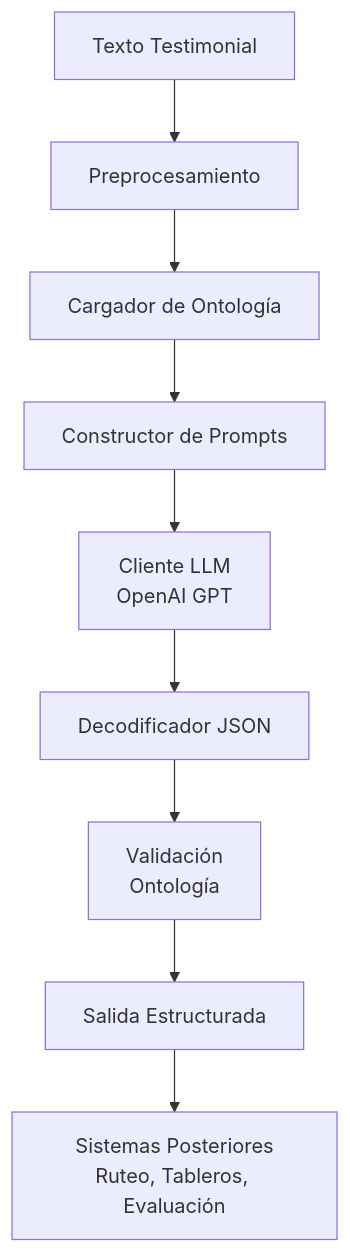
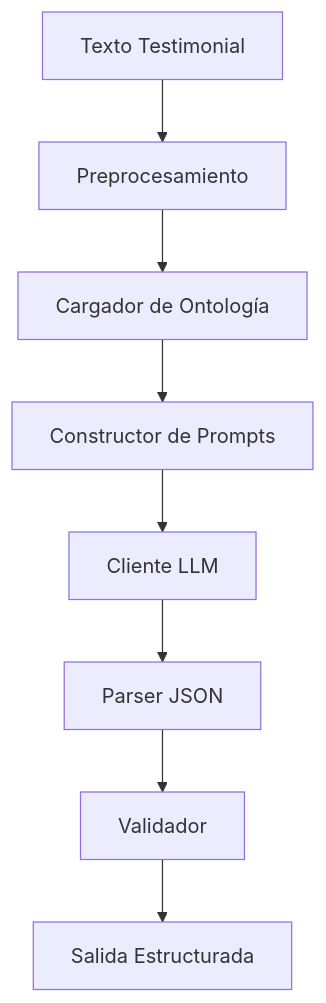
The second of 2 diagrams in docs/architecture.md (manueldazar/ubpd-llm-testimonial-classifier), drawn with Mermaid before and after one commit. The commit also changed other lines of this file and 15 other files, not shown here.

```diff
--- a/docs/architecture.md
+++ b/docs/architecture.md
@@ -142,11 +65,10 @@
 <div class="mermaid">
 flowchart TD
     A[Texto Testimonial] --> B[Preprocesamiento]
     B --> C[Cargador de Ontología]
     C --> D[Constructor de Prompts]
-    D --> E[Cliente LLM<br/>OpenAI GPT]
-    E --> F[Decodificador JSON]
-    F --> G[Validación<br/>Ontología]
+    D --> E[Cliente LLM]
+    E --> F[Parser JSON]
+    F --> G[Validador]
     G --> H[Salida Estructurada]
-    H --> I[Sistemas Posteriores<br/>Ruteo, Tableros, Evaluación]
 </div>
```
